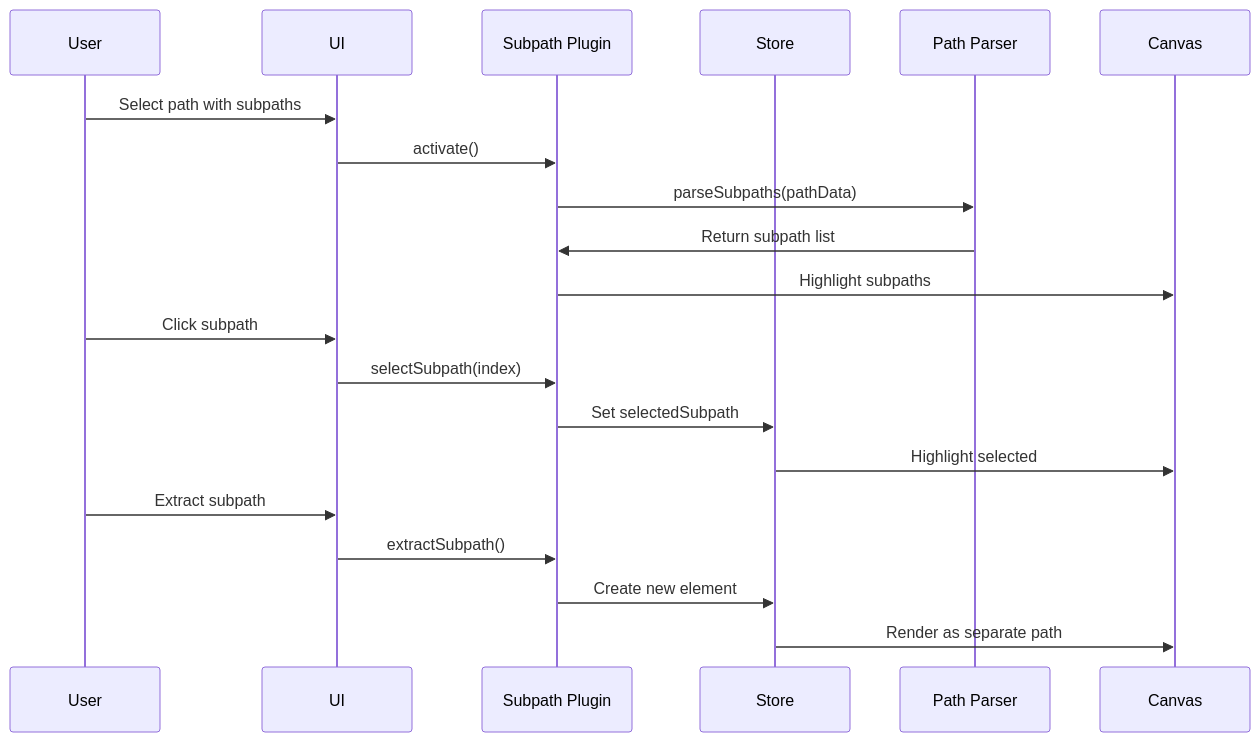
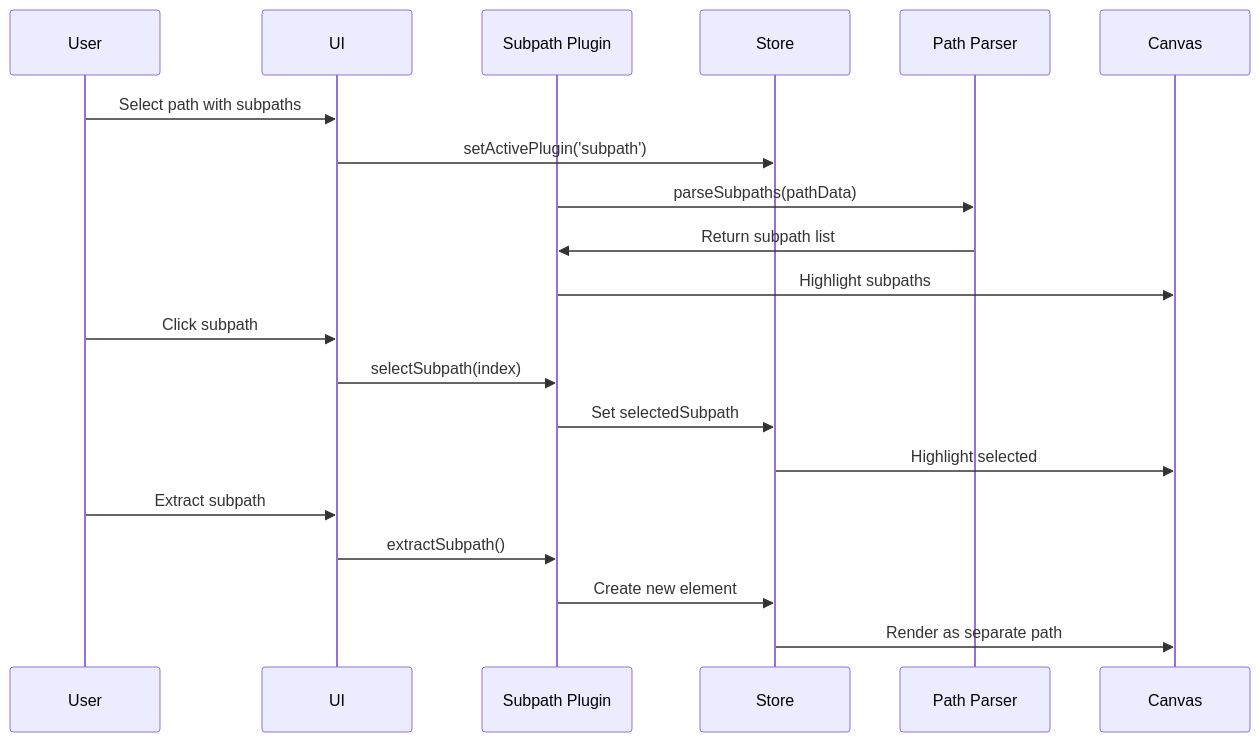
Before and after one commit to ekrsulov/ttpe: the diagram in doc/docs/plugins/catalog/subpath.md, drawn with Mermaid. The commit also changed 20 other files, not shown here.

````diff
--- a/doc/docs/plugins/catalog/subpath.md
+++ b/doc/docs/plugins/catalog/subpath.md
@@ -23,25 +23,25 @@
 ```mermaid
 sequenceDiagram
     participant User
     participant UI
     participant SP as Subpath Plugin
     participant Store
     participant PP as Path Parser
     participant Canvas
     
     User->>UI: Select path with subpaths
-    UI->>SP: activate()
+    UI->>Store: setActivePlugin('subpath')
     SP->>PP: parseSubpaths(pathData)
     PP->>SP: Return subpath list
     SP->>Canvas: Highlight subpaths
     
     User->>UI: Click subpath
     UI->>SP: selectSubpath(index)
     SP->>Store: Set selectedSubpath
     Store->>Canvas: Highlight selected
     
     User->>UI: Extract subpath
     UI->>SP: extractSubpath()
     SP->>Store: Create new element
     Store->>Canvas: Render as separate path
 ```
````
